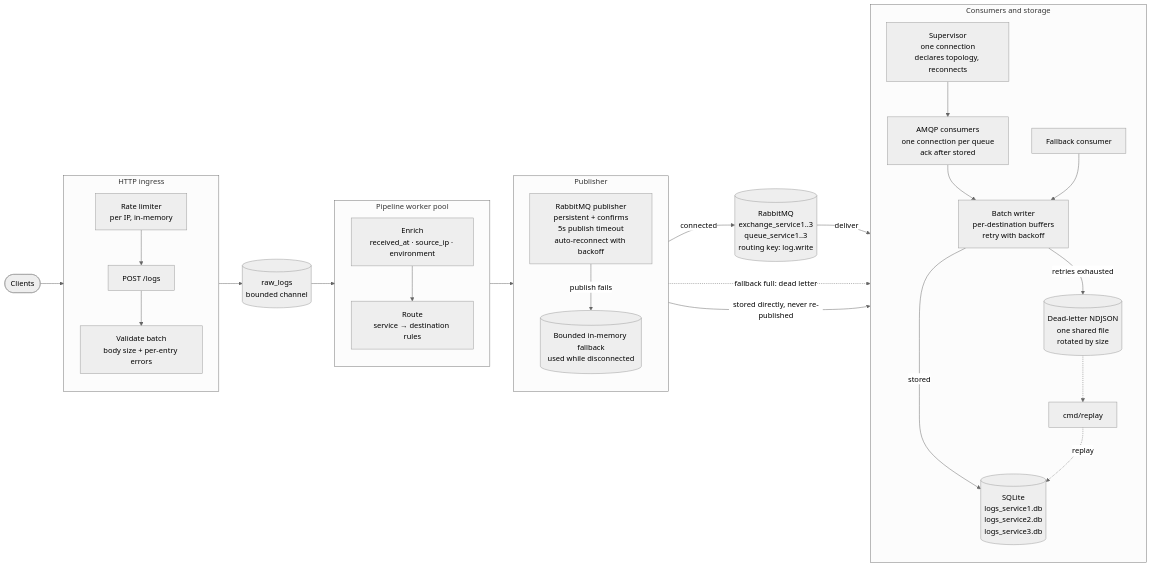
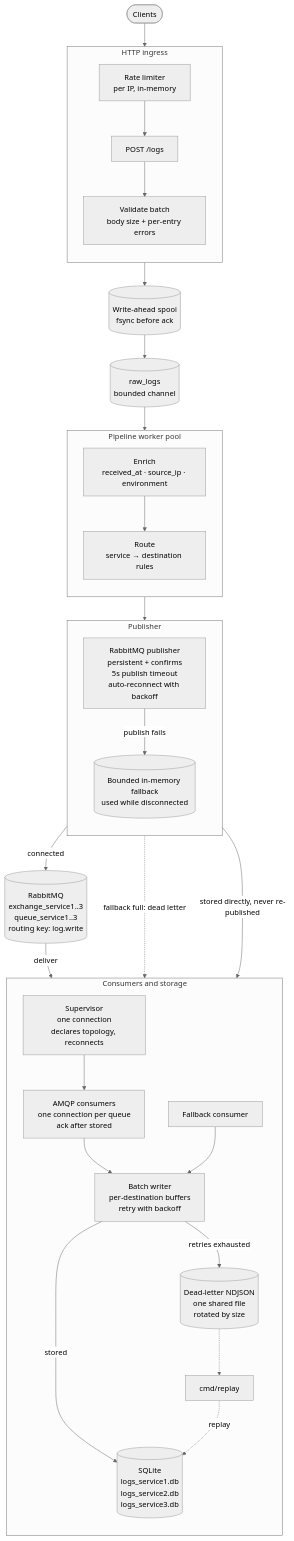
Before and after one commit to johneliud/log_ingestion_engine: the diagram in frontend/public/architecture.mmd, drawn with Mermaid (neutral theme). The commit also changed 2 other files, not shown here.

Commit message:
docs: add the write-ahead spool to architecture diagrams and a six-stage overview.

```diff
--- a/frontend/public/architecture.mmd
+++ b/frontend/public/architecture.mmd
@@ -1,51 +1,52 @@
-flowchart LR
+flowchart TB
     client(["Clients"])
 
     subgraph ingress["HTTP ingress"]
         direction TB
         rateLimit["Rate limiter<br/>per IP, in-memory"]
         logsEndpoint["POST /logs"]
         validate["Validate batch<br/>body size + per-entry errors"]
     end
 
+    spool[("Write-ahead spool<br/>fsync before ack")]
     rawQueue[("raw_logs<br/>bounded channel")]
 
     subgraph processing["Pipeline worker pool"]
         direction TB
         enrich["Enrich<br/>received_at · source_ip · environment"]
         route["Route<br/>service → destination rules"]
     end
 
     subgraph publishing["Publisher"]
         direction TB
         rabbitPublisher["RabbitMQ publisher<br/>persistent + confirms<br/>5s publish timeout<br/>auto-reconnect with backoff"]
         fallback[("Bounded in-memory fallback<br/>used while disconnected")]
     end
 
     broker[("RabbitMQ<br/>exchange_service1..3<br/>queue_service1..3<br/>routing key: log.write")]
 
     subgraph delivery["Consumers and storage"]
         direction TB
         supervisor["Supervisor<br/>one connection<br/>declares topology, reconnects"]
         amqpConsumer["AMQP consumers<br/>one connection per queue<br/>ack after stored"]
         fallbackConsumer["Fallback consumer"]
         batchWriter["Batch writer<br/>per-destination buffers<br/>retry with backoff"]
         sqlite[("SQLite<br/>logs_service1.db<br/>logs_service2.db<br/>logs_service3.db")]
         deadLetters[("Dead-letter NDJSON<br/>one shared file<br/>rotated by size")]
         replay["cmd/replay"]
     end
 
-    client --> rateLimit --> logsEndpoint --> validate --> rawQueue
+    client --> rateLimit --> logsEndpoint --> validate --> spool --> rawQueue
     rawQueue --> enrich --> route --> rabbitPublisher
     rabbitPublisher -->|"connected"| broker
     rabbitPublisher -->|"publish fails"| fallback
     fallback -.->|"fallback full: dead letter"| deadLetters
     broker -->|"deliver"| supervisor
     supervisor --> amqpConsumer
     fallback -->|"stored directly, never re-published"| fallbackConsumer
     amqpConsumer --> batchWriter
     fallbackConsumer --> batchWriter
     batchWriter -->|"stored"| sqlite
     batchWriter -->|"retries exhausted"| deadLetters
     deadLetters -.-> replay
     replay -.->|"replay"| sqlite
```
